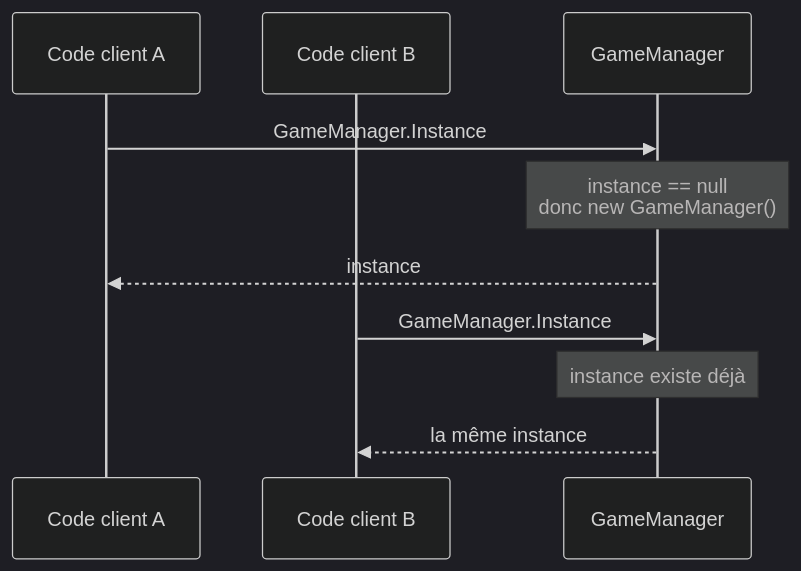
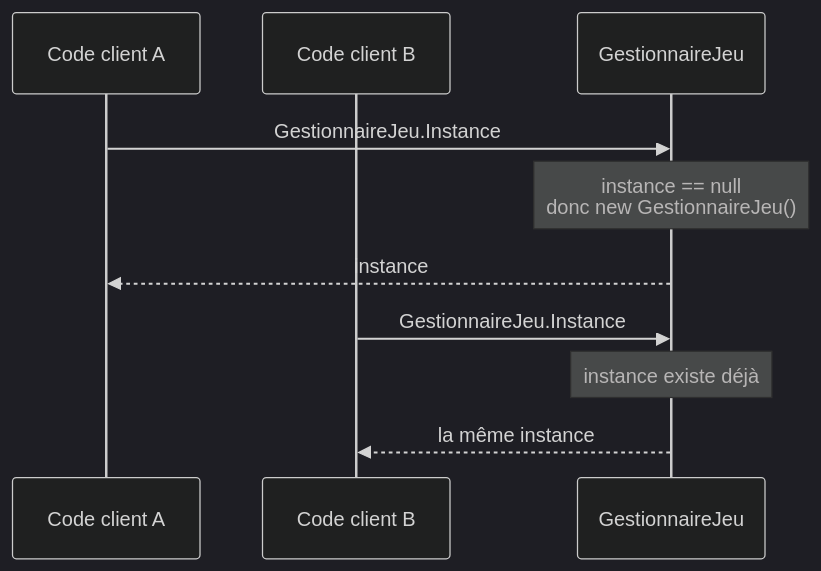
One commit to JulesGilli/object-oriented-programming-course changed the second of 2 diagrams in Chapitre 2/Partie I — Patterns Créationnels/1. Singleton.md. Above: the diagram before and after it, drawn with Mermaid (dark theme). The commit also changed other lines of this file and 24 other files, not shown here.

````diff
--- a/Chapitre 2/Partie I — Patterns Créationnels/1. Singleton.md
+++ b/Chapitre 2/Partie I — Patterns Créationnels/1. Singleton.md
@@ -101,12 +101,12 @@
 ```mermaid
 sequenceDiagram
     participant A as Code client A
     participant B as Code client B
-    participant GM as GameManager
-    A->>GM: GameManager.Instance
-    Note over GM: instance == null<br/>donc new GameManager()
+    participant GM as GestionnaireJeu
+    A->>GM: GestionnaireJeu.Instance
+    Note over GM: instance == null<br/>donc new GestionnaireJeu()
     GM-->>A: instance
-    B->>GM: GameManager.Instance
+    B->>GM: GestionnaireJeu.Instance
     Note over GM: instance existe déjà
     GM-->>B: la même instance
 ```
````
